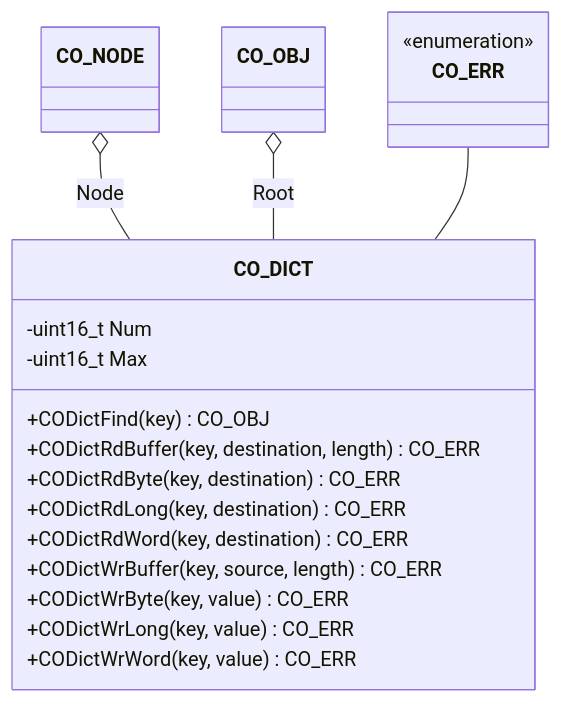
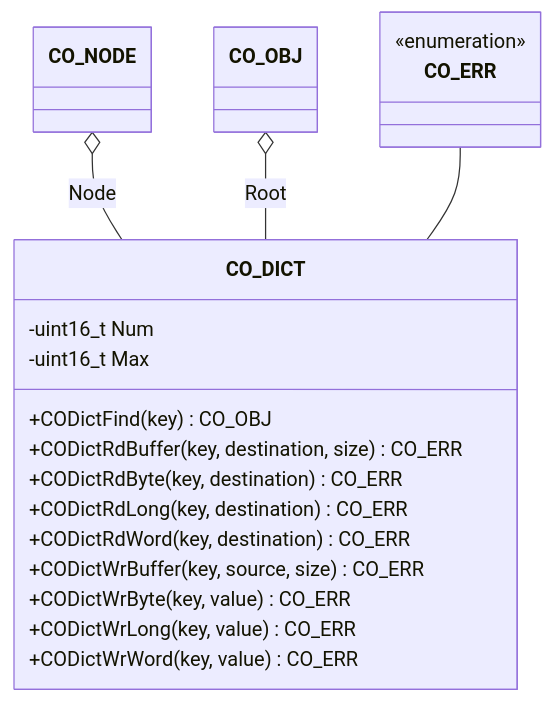
One commit to embedded-office/canopen-website changed the diagram in website/docs/api/dictionary.md. Above: the diagram before and after it, drawn with Mermaid. The commit also changed other lines of this file and 11 other files, not shown here.

````diff
--- a/website/docs/api/dictionary.md
+++ b/website/docs/api/dictionary.md
@@ -7,22 +7,22 @@
 ```mermaid
 classDiagram
   CO_NODE o-- CO_DICT : Node
   CO_OBJ o-- CO_DICT : Root
   CO_ERR -- CO_DICT
   class CO_DICT {
     -uint16_t Num
     -uint16_t Max
     +CODictFind(key) CO_OBJ
-    +CODictRdBuffer(key, destination, length) CO_ERR
+    +CODictRdBuffer(key, destination, size) CO_ERR
     +CODictRdByte(key, destination) CO_ERR
     +CODictRdLong(key, destination) CO_ERR
     +CODictRdWord(key, destination) CO_ERR
-    +CODictWrBuffer(key, source, length) CO_ERR
+    +CODictWrBuffer(key, source, size) CO_ERR
     +CODictWrByte(key, value) CO_ERR
     +CODictWrLong(key, value) CO_ERR
     +CODictWrWord(key, value) CO_ERR
   }
   class CO_ERR {
     <<enumeration>>
   }
 ```
````
